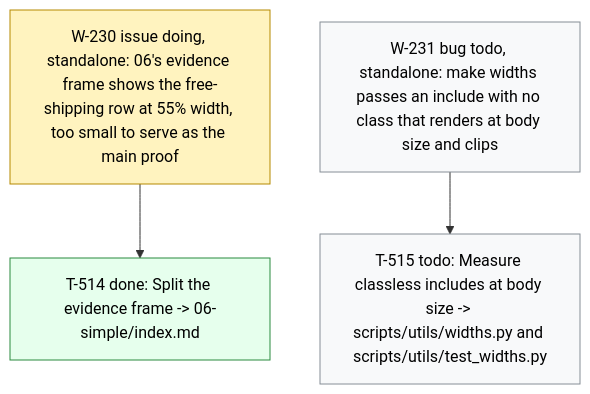
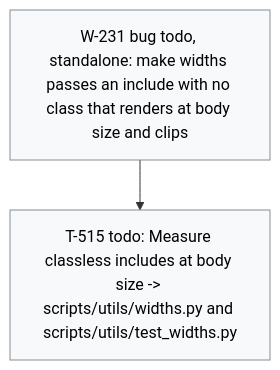
One commit to dpopchev/chaos-to-simple changed the diagram in .board/BOARD.md. Above: the diagram before and after it, drawn with Mermaid. The commit also changed other lines of this file and 3 other files, not shown here.

````diff
--- a/.board/BOARD.md
+++ b/.board/BOARD.md
@@ -1373,15 +1378,11 @@
 ```mermaid
 flowchart TD
-  W230["W-230 issue doing, standalone: 06's evidence frame shows the free-shipping row at 55% width, too small to serve as the main proof"]
-  W230 --> T514["T-514 done: Split the evidence frame -> 06-simple/index.md"]
   W231["W-231 bug todo, standalone: make widths passes an include with no class that renders at body size and clips"]
   W231 --> T515["T-515 todo: Measure classless includes at body size -> scripts/utils/widths.py and scripts/utils/test_widths.py"]
   classDef doing fill:#fff3bf,stroke:#b58900,color:#000;
   classDef blocked fill:#ffe3e3,stroke:#c92a2a,color:#000;
   classDef done fill:#e6ffed,stroke:#2b8a3e,color:#000;
   classDef todo fill:#f8f9fa,stroke:#868e96,color:#000;
   classDef pruned fill:#f1f3f5,stroke:#adb5bd,color:#000;
-  class W230 doing
-  class T514 done
   class W231,T515 todo
 ```
````
